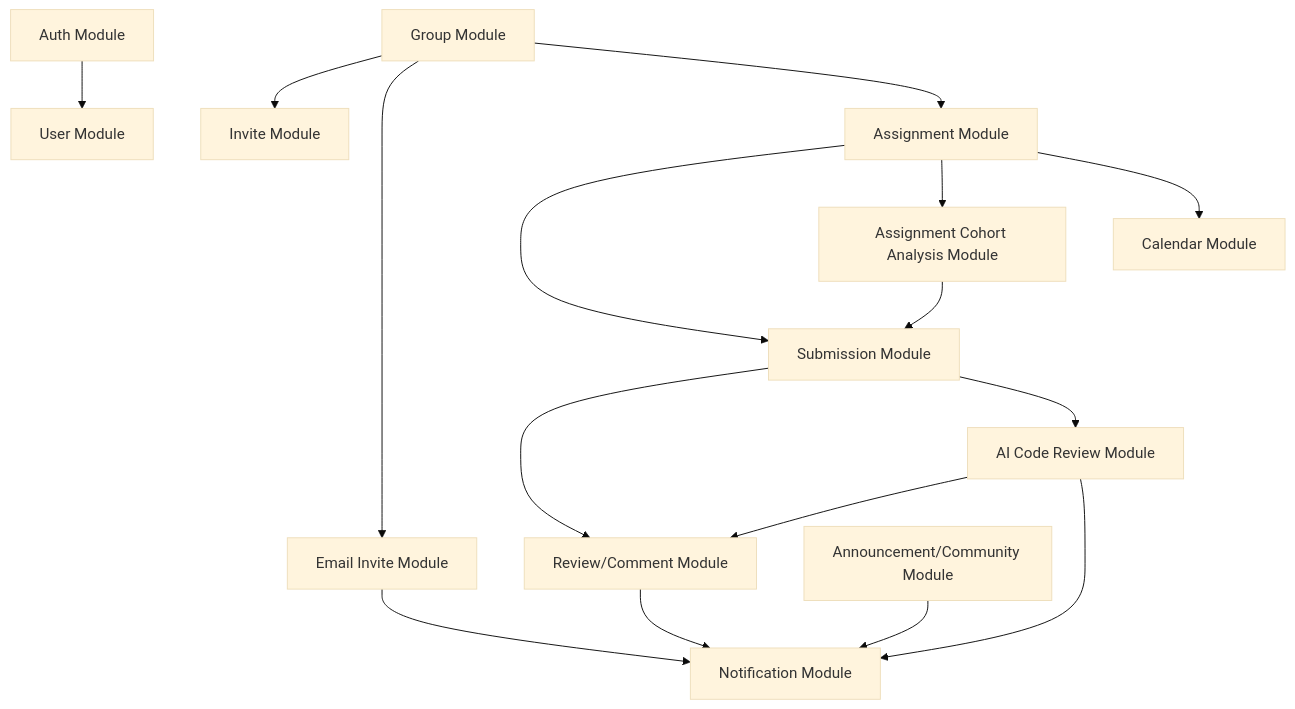
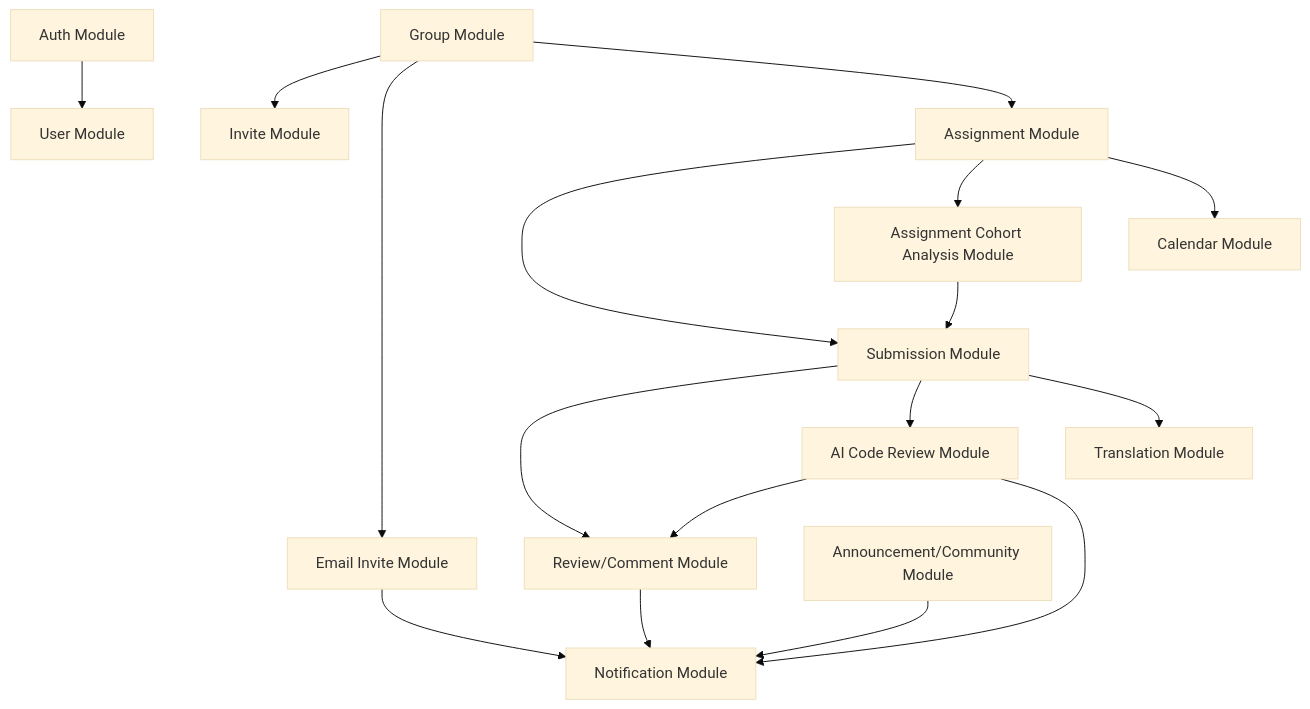
One commit to seungjoonH/psstudio changed the second of 8 diagrams in design/architecture.md. Above: the diagram before and after it, drawn with Mermaid (base theme). The commit also changed other lines of this file, not shown here.

First line of the commit message:
docs: architecture.md에서 랜딩 한 줄만 반영하고 이전 오스테이징 복구

````diff
--- a/design/architecture.md
+++ b/design/architecture.md
@@ -119,32 +119,34 @@
 ```mermaid
 flowchart TD
     Auth[Auth Module]
     User[User Module]
     Group[Group Module]
     Invite[Invite Module]
     Email[Email Invite Module]
     Assignment[Assignment Module]
     Submission[Submission Module]
     Review[Review/Comment Module]
     AI[AI Code Review Module]
+    Translate[Translation Module]
     CohortCompare[Assignment Cohort Analysis Module]
     Notification[Notification Module]
     Calendar[Calendar Module]
     Board[Announcement/Community Module]
 
     Auth --> User
     Group --> Invite
     Group --> Email
     Group --> Assignment
     Assignment --> Submission
     Submission --> Review
     Submission --> AI
+    Submission --> Translate
     Assignment --> CohortCompare
     CohortCompare --> Submission
     AI --> Review
     AI --> Notification
     Email --> Notification
     Review --> Notification
     Assignment --> Calendar
     Board --> Notification
 ```
````
